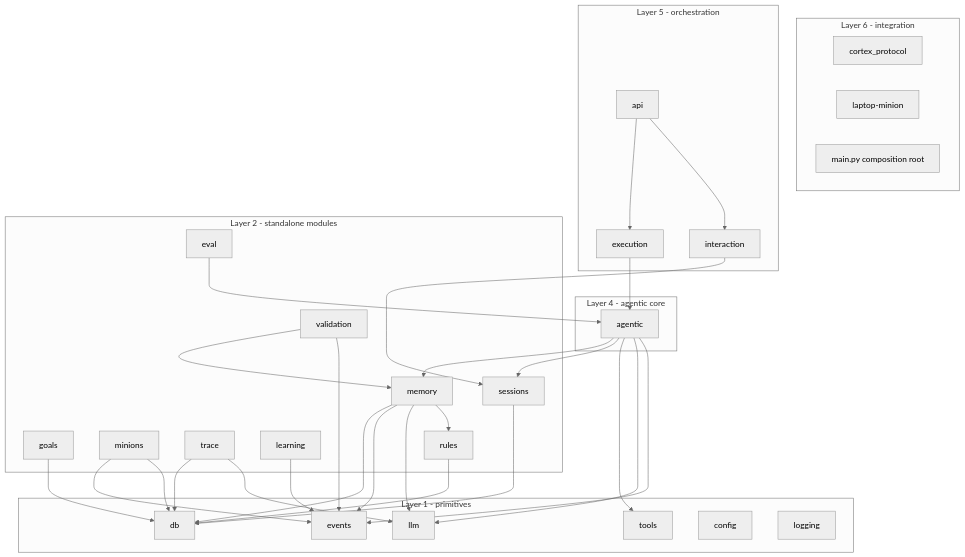
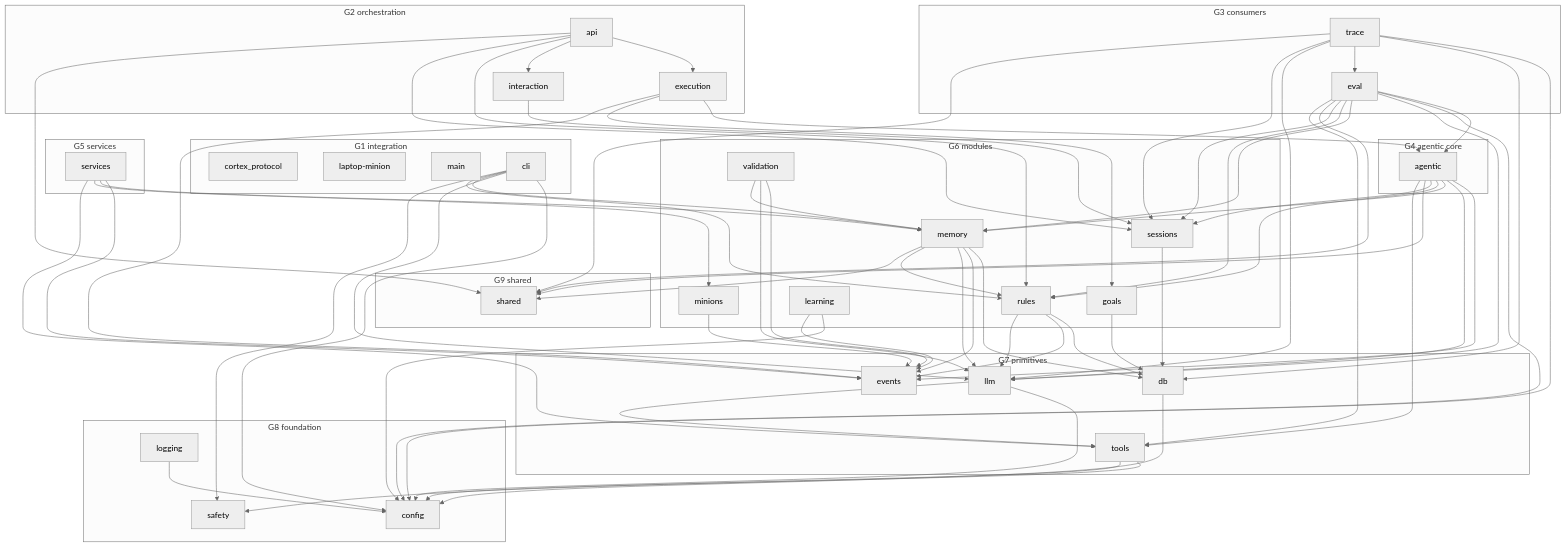
One commit to salvatorebottiglieri/botti-agent changed the third of 3 diagrams in docs/specs/architecture.md. Above: the diagram before and after it, drawn with Mermaid (neutral theme). The commit also changed other lines of this file and 2 other files, not shown here.

Commit message:
docs(boundaries): #184 the architecture document follows the enforced order

````diff
--- a/docs/specs/architecture.md
+++ b/docs/specs/architecture.md
@@ -258,64 +325,117 @@
 ```mermaid
 flowchart TB
-    subgraph L6[Layer 6 - integration]
+    subgraph G1[G1 integration]
         Protocol[cortex_protocol]
         Laptop[laptop-minion]
-        Root[main.py composition root]
+        Root[main]
+        Cli[cli]
     end
 
-    subgraph L5[Layer 5 - orchestration]
+    subgraph G2[G2 orchestration]
         API[api]
         Exec[execution]
         Inter[interaction]
     end
 
-    subgraph L4[Layer 4 - agentic core]
+    subgraph G3[G3 consumers]
+        Ev[eval]
+        Tr[trace]
+    end
+
+    subgraph G4[G4 agentic core]
         Loop[agentic]
     end
 
-    subgraph L2[Layer 2 - standalone modules]
+    subgraph G5[G5 services]
+        Sv[services]
+    end
+
+    subgraph G6[G6 modules]
         Mem[memory]
         Val[validation]
         Sess[sessions]
         Goals[goals]
         Min[minions]
-        Tr[trace]
-        Ev[eval]
+        Rul[rules]
         Learn[learning]
-        Rul[rules]
     end
 
-    subgraph L1[Layer 1 - primitives]
+    subgraph G7[G7 primitives]
         Events[events]
         LLM[llm]
         Tools[tools]
         DB[db]
+    end
+
+    subgraph G8[G8 foundation]
         Conf[config]
         Log[logging]
+        Safe[safety]
+    end
+
+    subgraph G9[G9 shared]
+        Shared[shared]
     end
 
     API --> Exec
     API --> Inter
+    API --> Rul
+    API --> Sess
+    API --> Shared
+    Cli --> Conf
+    Cli --> LLM
+    Cli --> Mem
+    Cli --> Rul
+    Cli --> Safe
     Exec --> Loop
+    Exec --> Goals
+    Exec --> Events
     Inter --> Sess
+    Ev --> Loop
+    Ev --> Conf
+    Ev --> LLM
+    Ev --> Mem
+    Ev --> Rul
+    Ev --> Sess
+    Ev --> Shared
+    Ev --> Tools
+    Tr --> Conf
+    Tr --> DB
+    Tr --> Ev
+    Tr --> LLM
+    Tr --> Sess
+    Tr --> Shared
+    Loop --> Events
+    Loop --> LLM
     Loop --> Mem
+    Loop --> Rul
     Loop --> Sess
+    Loop --> Shared
     Loop --> Tools
-    Loop --> LLM
-    Loop --> Events
+    Sv --> Events
+    Sv --> Mem
+    Sv --> Min
+    Sv --> Tools
     Mem --> DB
     Mem --> Events
+    Mem --> LLM
+    Mem --> Rul
+    Mem --> Shared
+    Val --> Events
+    Val --> LLM
     Val --> Mem
-    Val --> Events
     Sess --> DB
     Goals --> DB
     Min --> Events
-    Min --> DB
-    Tr --> DB
-    Ev --> Loop
+    Rul --> DB
+    Rul --> Events
+    Rul --> LLM
+    Learn --> Conf
     Learn --> Events
-    Mem --> LLM
-    Mem --> Rul
-    Rul --> DB
-    Tr --> LLM
+    DB --> Conf
+    LLM --> Conf
+    LLM --> Tools
+    Tools --> Conf
+    Tools --> Safe
+    Log --> Conf
 ```
````
